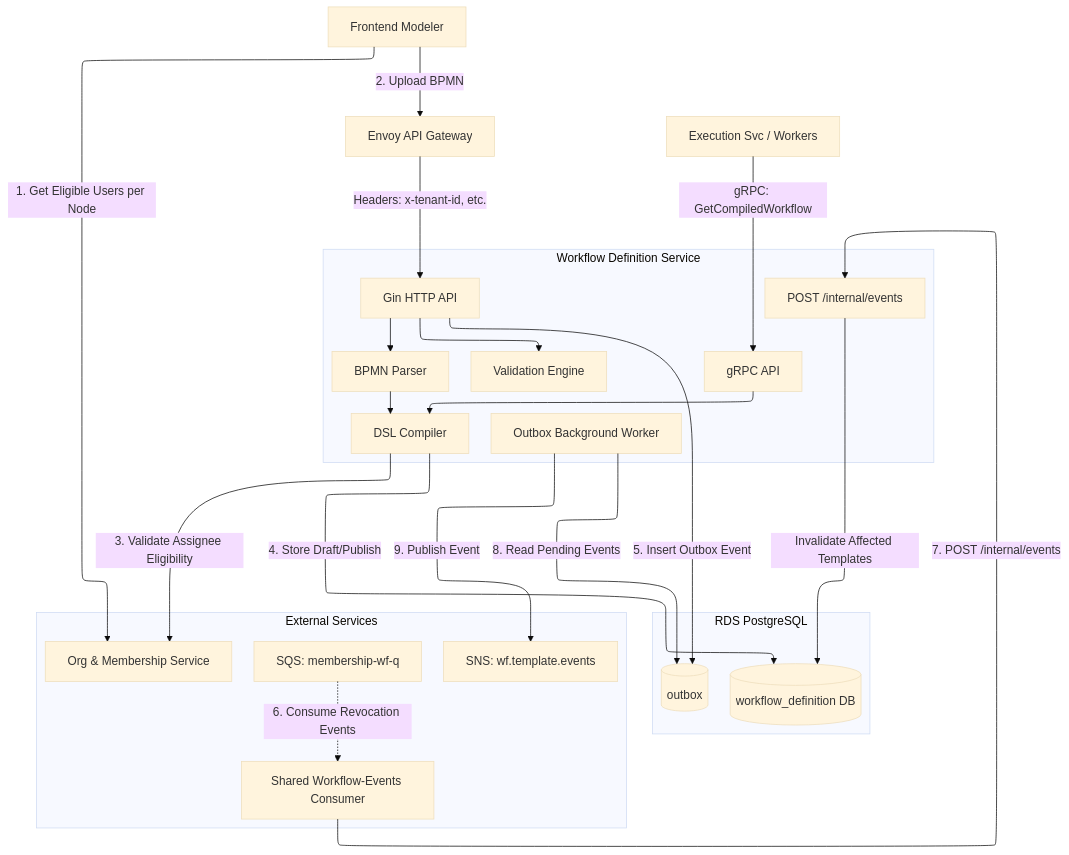
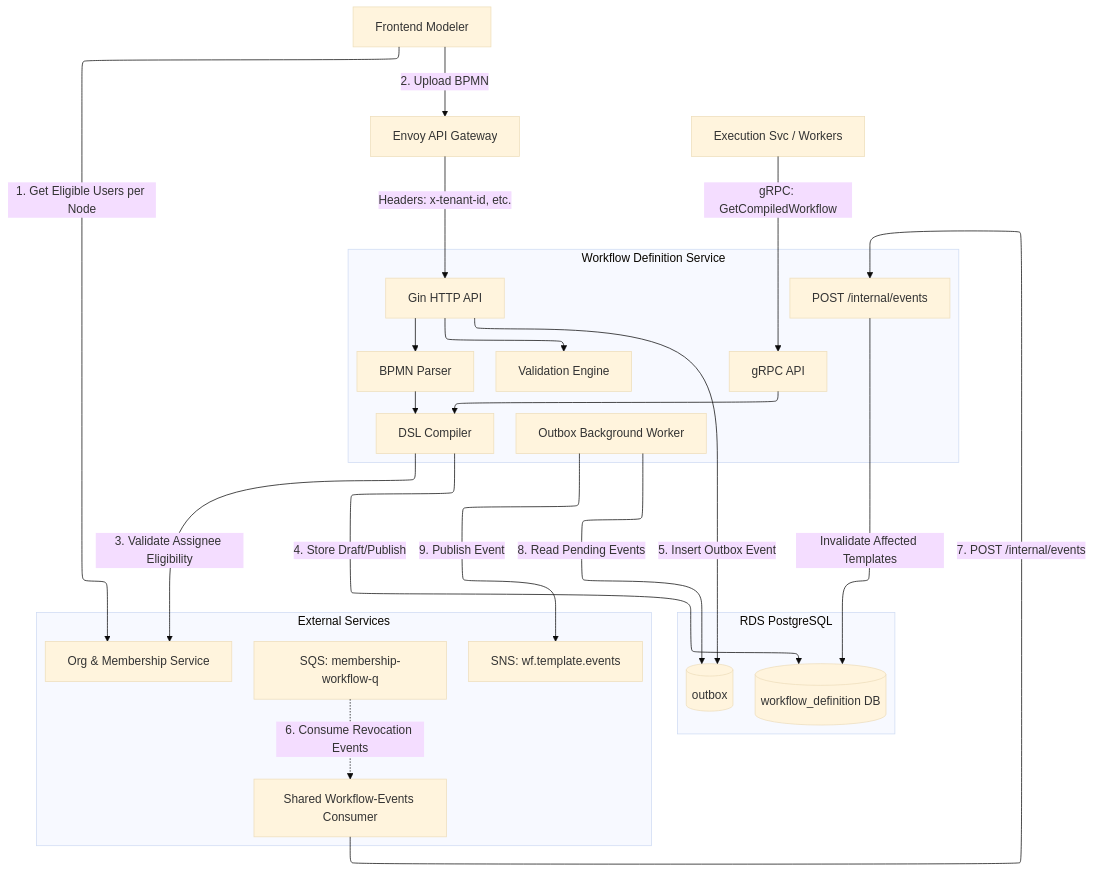
Before and after one commit to BCBP-SOLUTIONS-FZC-LLC/workflow-definition-service: the diagram in docs/architecture/mermaid/system-view-component.mmd, drawn with Mermaid (base theme). The commit also changed 19 other files, not shown here.

```diff
--- a/docs/architecture/mermaid/system-view-component.mmd
+++ b/docs/architecture/mermaid/system-view-component.mmd
@@ -1,50 +1,50 @@
 ---
 config:
   layout: elk
 ---
 graph TD
     UI[Frontend Modeler]
     Gateway[Envoy API Gateway]
     ExecSvc[Execution Svc / Workers]
 
     subgraph Workflow_Definition_Service [Workflow Definition Service]
         API[Gin HTTP API]
         gRPC[gRPC API]
         Parser[BPMN Parser]
         Compiler[DSL Compiler]
         Validator[Validation Engine]
         InternalEvents[POST /internal/events]
         OutboxRelay[Outbox Background Worker]
 
         API --> Validator
         API --> Parser
         gRPC --> Compiler
         Parser --> Compiler
     end
 
     subgraph Persistence [RDS PostgreSQL]
         DB[(workflow_definition DB)]
         OutboxTable[(outbox)]
     end
 
     subgraph External_Integrations [External Services]
         OrgMembership[Org & Membership Service]
         SNS[SNS: wf.template.events]
         EventsConsumer[Shared Workflow-Events Consumer]
-        SQS_Membership[SQS: membership-wf-q]
+        SQS_Membership[SQS: membership-workflow-q]
     end
 
     UI -->|1. Get Eligible Users per Node| OrgMembership
     UI -->|2. Upload BPMN| Gateway
     Gateway -->|Headers: x-tenant-id, etc.| API
     ExecSvc -->|gRPC: GetCompiledWorkflow| gRPC
 
     Compiler -->|3. Validate Assignee Eligibility| OrgMembership
     Compiler -->|4. Store Draft/Publish| DB
     API -->|5. Insert Outbox Event| OutboxTable
     SQS_Membership -.->|6. Consume Revocation Events| EventsConsumer
     EventsConsumer -->|7. POST /internal/events| InternalEvents
     InternalEvents -->|Invalidate Affected Templates| DB
 
     OutboxRelay -->|8. Read Pending Events| OutboxTable
     OutboxRelay -->|9. Publish Event| SNS
```
